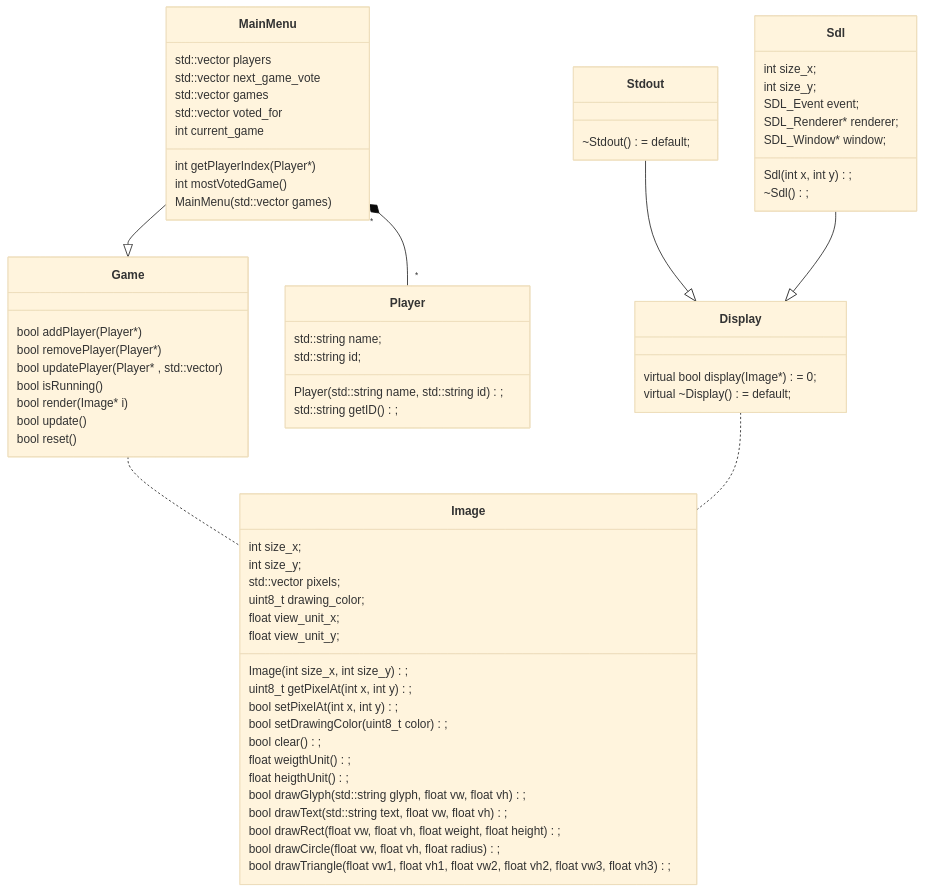
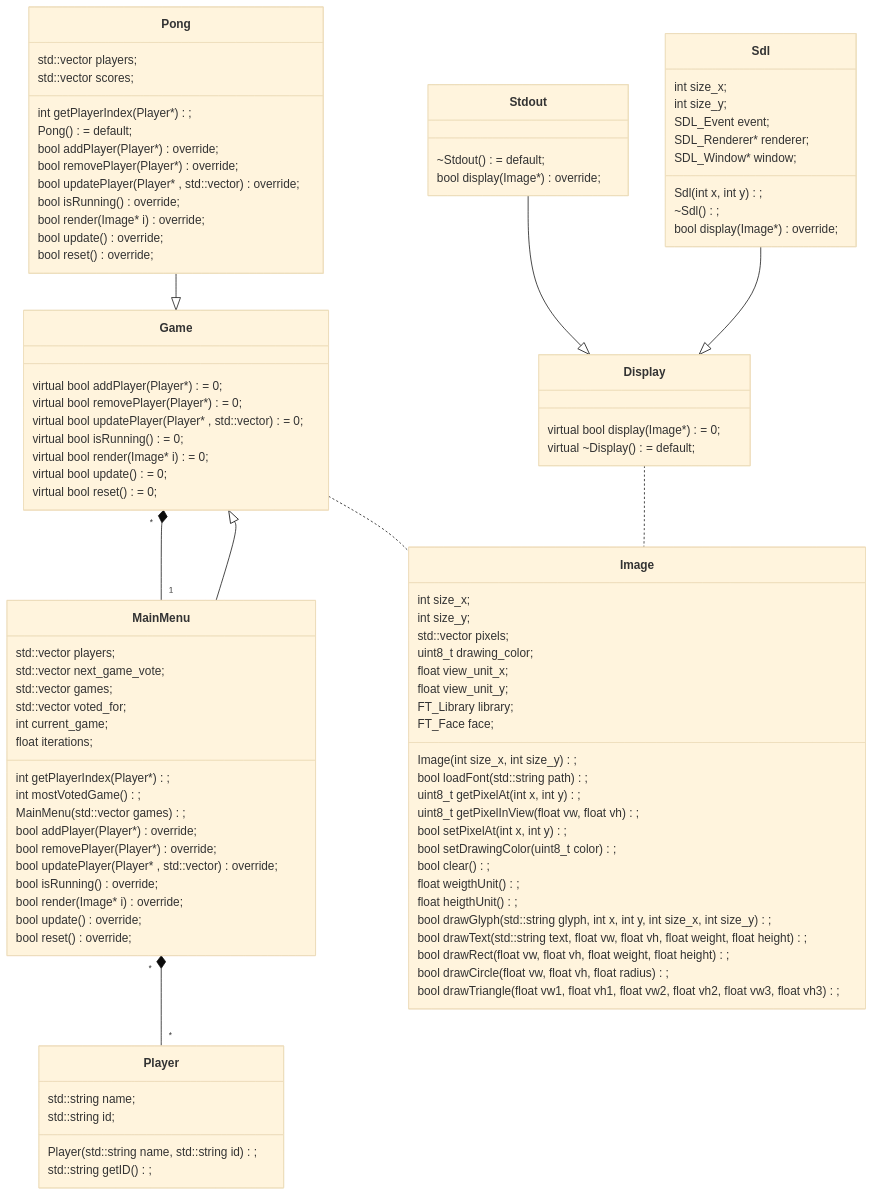
Before and after one commit to 4nimii/LED_matrix: the diagram in README.md, drawn with Mermaid (base theme).

````diff
--- a/README.md
+++ b/README.md
@@ -28,26 +28,35 @@
 ```mermaid
 classDiagram
 class Game {
-        bool addPlayer(Player* )
-        bool removePlayer(Player* )
-        bool updatePlayer(Player* , std::vector<int> )
-        bool isRunning()
-        bool render(Image* i)
-        bool update()
-        bool reset()
+
+        virtual bool addPlayer(Player* ) = 0;
+        virtual bool removePlayer(Player* ) = 0;
+        virtual bool updatePlayer(Player* , std::vector<int> ) = 0;
+        virtual bool isRunning() = 0;
+        virtual bool render(Image* i) = 0;
+        virtual bool update() = 0;
+        virtual bool reset() = 0;
+
 }
 
 class MainMenu {
 
-        std::vector<Player*> players
-        std::vector<int> next_game_vote
-        std::vector<Game*> games
-        std::vector<int> voted_for
-        int current_game
-
-        int getPlayerIndex(Player* )
-        int mostVotedGame()
-        MainMenu(std::vector<Game*> games)
+        std::vector<Player*> players;
+        std::vector<int> next_game_vote;
+        std::vector<Game*> games;
+        std::vector<int> voted_for;
+        int current_game;
+        float iterations;
+        int getPlayerIndex(Player* );
+        int mostVotedGame();
+        MainMenu(std::vector<Game*> games);
+        bool addPlayer(Player* ) override;
+        bool removePlayer(Player* ) override;
+        bool updatePlayer(Player* , std::vector<int> ) override;
+        bool isRunning() override;
+        bool render(Image* i) override;
+        bool update() override;
+        bool reset() override;
 
 }
 
@@ -60,6 +69,22 @@
 
 }
 
+class Pong {
+
+    std::vector<Player*> players;
+    std::vector<int> scores;
+    int getPlayerIndex(Player* );
+    Pong() = default;
+    bool addPlayer(Player* ) override;
+    bool removePlayer(Player* )override;
+    bool updatePlayer(Player* , std::vector<int> ) override;
+    bool isRunning() override;
+    bool render(Image* i) override;
+    bool update() override;
+    bool reset() override;
+
+}
+
 class Image {
 
         int size_x;
@@ -68,16 +93,19 @@
         uint8_t drawing_color;
         float view_unit_x;
         float view_unit_y;
-
+        FT_Library  library;
+        FT_Face     face;
         Image(int size_x, int size_y);
+        bool loadFont(std::string path);
         uint8_t getPixelAt(int x, int y);
+        uint8_t getPixelInView(float vw, float vh);
         bool setPixelAt(int x, int y);
         bool setDrawingColor(uint8_t color);
         bool clear();
         float weigthUnit();
         float heigthUnit();
-        bool drawGlyph(std::string glyph, float vw, float vh);
-        bool drawText(std::string text, float vw, float vh);
+        bool drawGlyph(std::string glyph, int x, int y, int size_x, int size_y);
+        bool drawText(std::string text, float vw, float vh, float weight, float height);
         bool drawRect(float vw, float vh, float weight, float height);
         bool drawCircle(float vw, float vh, float radius);
         bool drawTriangle(float vw1, float vh1, float vw2, float vh2, float vw3, float vh3);
@@ -91,12 +119,6 @@
 
 }
 
-class Stdout {
-
-        ~Stdout() = default;
-
-}
-
 class Sdl {
 
         int size_x;
@@ -104,17 +126,26 @@
         SDL_Event event;
         SDL_Renderer* renderer;
         SDL_Window* window;
-
         Sdl(int x, int y);
         ~Sdl();
+        bool display(Image* ) override;
+
+}
+
+class Stdout {
+
+        ~Stdout() = default;
+        bool display(Image* ) override;
 
 }
 
 MainMenu --|> Game
 MainMenu "*" *-- "*"  Player
+Pong --|> Game
 Stdout --|> Display
 Sdl --|> Display
 
 Game .. Image
 Display .. Image
+Game "*" *-- "1" MainMenu
 ```
````
